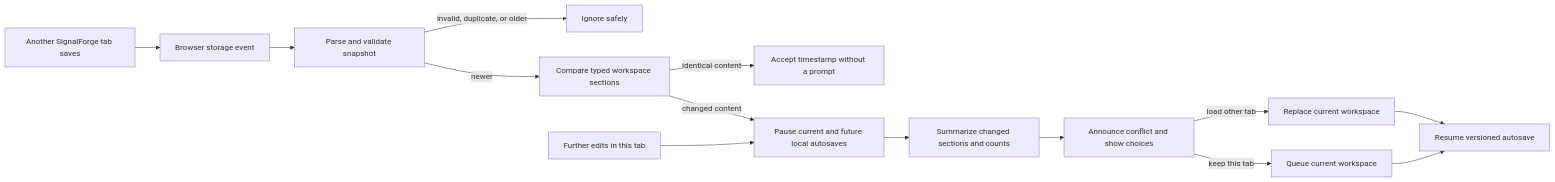
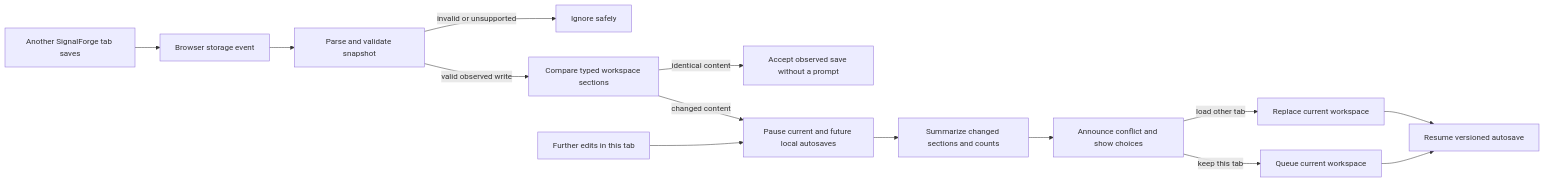
One commit to ASKR04/JavaScript changed diagram 14 of 15 in signalforge/docs/architecture.md. Above: the diagram before and after it, drawn with Mermaid. The commit also changed other lines of this file and 6 other files, not shown here.

````diff
--- a/signalforge/docs/architecture.md
+++ b/signalforge/docs/architecture.md
@@ -275,16 +275,16 @@
 ```mermaid
 flowchart LR
     OtherTab["Another SignalForge tab saves"] --> Event["Browser storage event"]
     Event --> Parse["Parse and validate snapshot"]
-    Parse -->|invalid, duplicate, or older| Ignore["Ignore safely"]
-    Parse -->|newer| Compare["Compare typed workspace sections"]
-    Compare -->|identical content| Reconcile["Accept timestamp without a prompt"]
+    Parse -->|invalid or unsupported| Ignore["Ignore safely"]
+    Parse -->|valid observed write| Compare["Compare typed workspace sections"]
+    Compare -->|identical content| Reconcile["Accept observed save without a prompt"]
     Compare -->|changed content| Pause["Pause current and future local autosaves"]
     Edit["Further edits in this tab"] --> Pause
     Pause --> Summary["Summarize changed sections and counts"]
     Summary --> Alert["Announce conflict and show choices"]
     Alert -->|load other tab| Replace["Replace current workspace"]
     Alert -->|keep this tab| Requeue["Queue current workspace"]
     Replace --> Autosave["Resume versioned autosave"]
     Requeue --> Autosave
 ```
````
